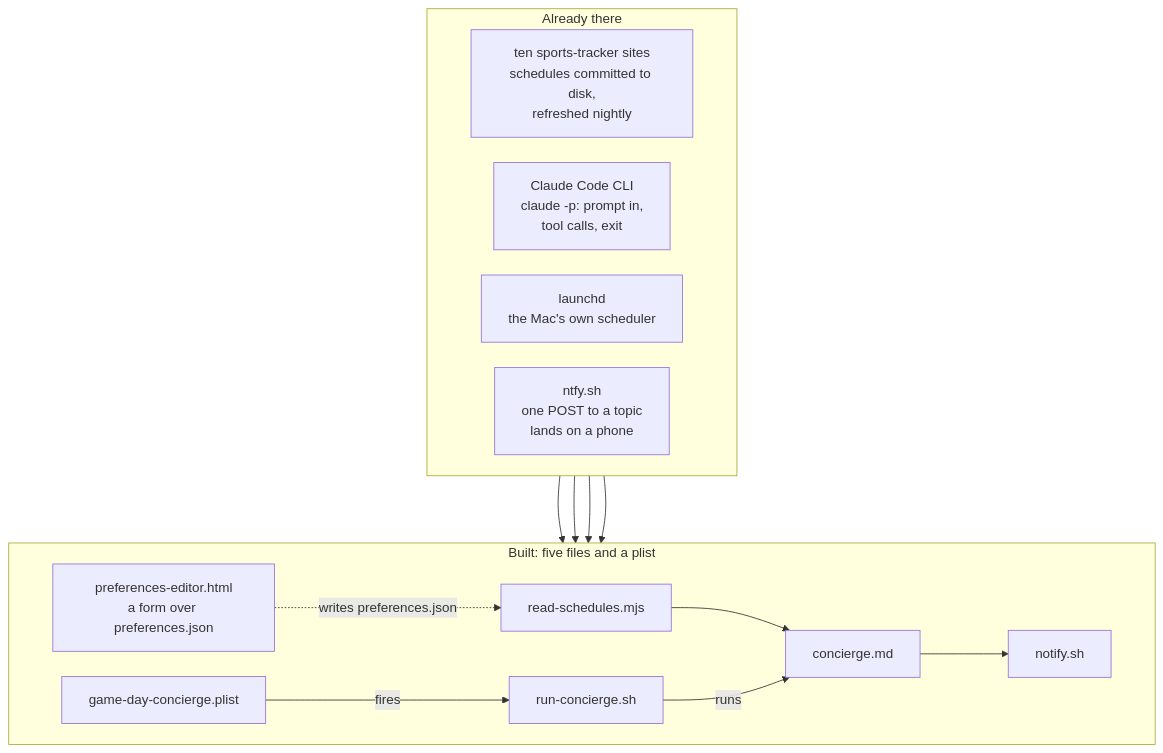
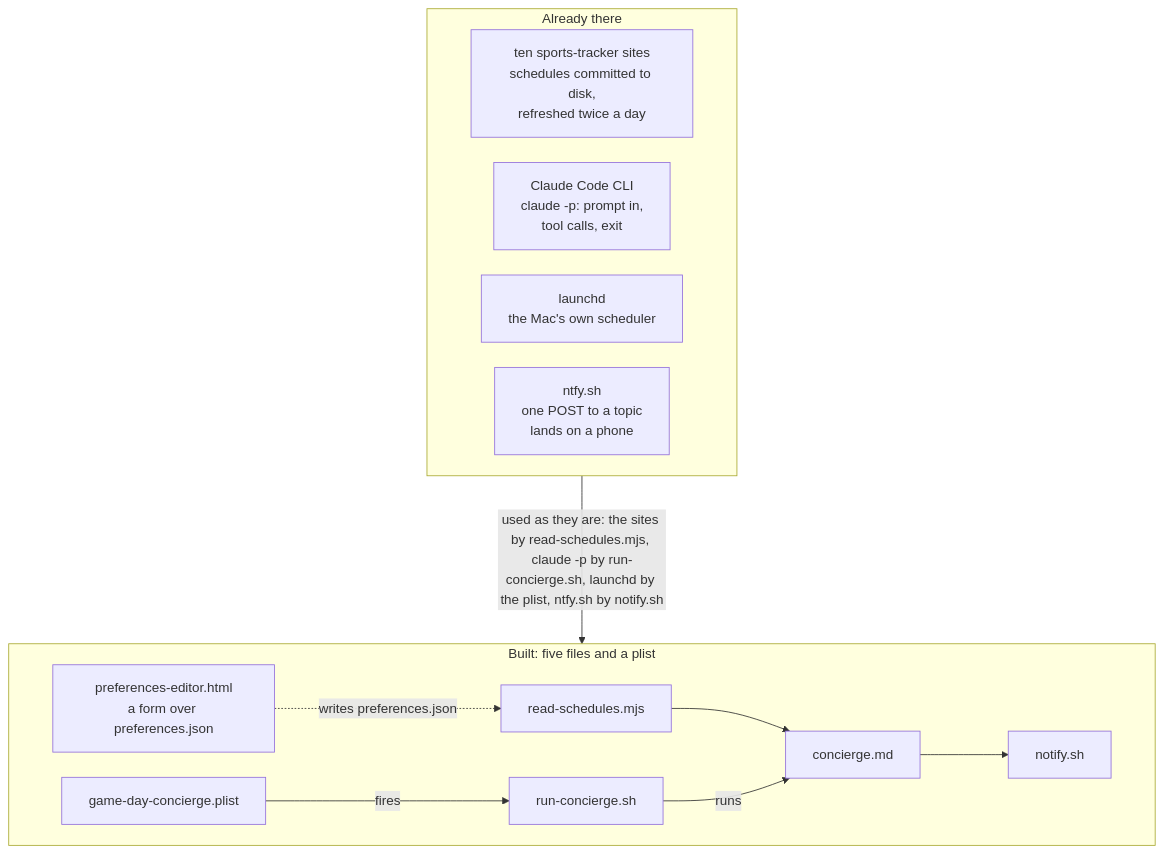
One commit to ismayc/never-miss-a-game changed the first of 2 diagrams in HOW-IT-FITS-TOGETHER.md. Above: the diagram before and after it, drawn with Mermaid. The commit also changed other lines of this file and 2 other files, not shown here.

Commit message:
Diagrams: no arrow crosses a title or its own label
Rendered all eight mermaid diagrams (README, examples/README, TECHNICAL x3,
HOW-IT-FITS-TOGETHER x2, WRITING-THE-POLICY) through mermaid.ink and looked.
Four had arrows over text; the other four were clean.

- README: the two inputs now point at the Deterministic band, the band
  hands its summary to the Judgment band, and launchd fires the band, so
  every arrow ends at a border and every label sits between bands. The
  edge label says 8 KB (the read for the 16th is 8,079 bytes).
- HOW-IT-FITS-TOGETHER: the four arrows that landed on the "Built" title
  are one labeled edge between the bands; "refreshed nightly" is "twice a
  day", matching the repos' crons; 7 KB is 8 KB in the second diagram and
  the prose.
- TECHNICAL: the status tree and the Following check use straight edges
  (curve: linear), so the yes/no and "listed by full name" labels sit off
  the lines; the Following labels are shorter; the sequence diagram says
  8 KB; the prose no longer claims all four league repos commit scores
  (the NBA has not played).

Claude-Session: https://claude.ai/code/session_01KXwVv4DW1keYW9StSa6gZB

````diff
--- a/HOW-IT-FITS-TOGETHER.md
+++ b/HOW-IT-FITS-TOGETHER.md
@@ -7,28 +7,25 @@
 ```mermaid
 %%{init: {"flowchart": {"nodeSpacing": 30, "rankSpacing": 80, "padding": 16}}}%%
 flowchart TB
     subgraph had["Already there"]
         direction LR
-        h1["ten sports-tracker sites<br/>schedules committed to disk,<br/>refreshed nightly"]
+        h1["ten sports-tracker sites<br/>schedules committed to disk,<br/>refreshed twice a day"]
         h2["Claude Code CLI<br/>claude -p: prompt in,<br/>tool calls, exit"]
         h3["launchd<br/>the Mac's own scheduler"]
         h4["ntfy.sh<br/>one POST to a topic<br/>lands on a phone"]
     end
     subgraph built["Built: five files and a plist"]
         direction LR
         b6["preferences-editor.html<br/>a form over preferences.json"]
         b1["read-schedules.mjs"]
         b2["concierge.md"]
         b3["notify.sh"]
         b4["run-concierge.sh"]
         b5["game-day-concierge.plist"]
     end
-    h1 --> b1
+    had -- "used as they are: the sites by read-schedules.mjs, claude -p by run-concierge.sh, launchd by the plist, ntfy.sh by notify.sh" --> built
     b6 -. "writes preferences.json" .-> b1
-    h2 --> b4
-    h3 --> b5
-    h4 --> b3
     b1 --> b2 --> b3
     b4 -- "runs" --> b2
     b5 -- "fires" --> b4
 ```
````
